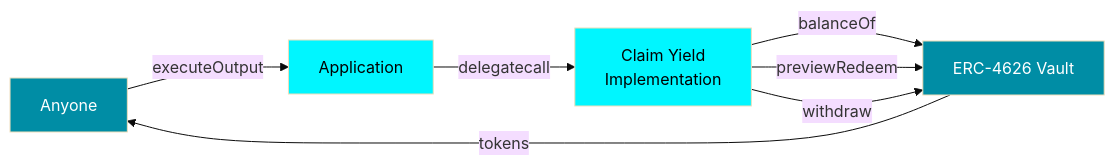
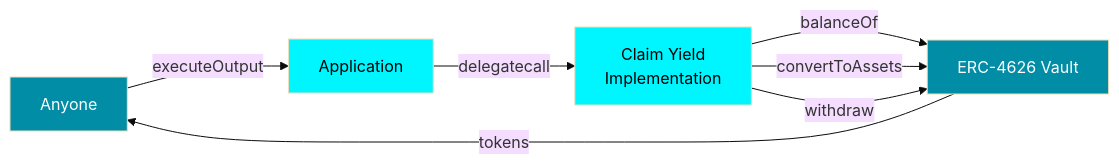
Before and after one commit to henriquemarlon/rollups-rehypothecation-portal: the third of 3 diagrams in README.md, drawn with Mermaid (base theme). The commit also changed other lines of this file and 7 other files, not shown here.

````diff
--- a/README.md
+++ b/README.md
@@ -80,17 +80,17 @@
 ```mermaid
 graph LR
     classDef core fill:#00F6FF,color:#000
     classDef external fill:#008DA5,color:#fff
 
     Anyone[Anyone]:::external
     Application[Application]:::core
     ClaimYield[Claim Yield<br>Implementation]:::core
     ERC4626Vault[ERC-4626 Vault]:::external
 
     Anyone -- executeOutput --> Application
     Application -- delegatecall --> ClaimYield
     ClaimYield -- balanceOf --> ERC4626Vault
-    ClaimYield -- previewRedeem --> ERC4626Vault
+    ClaimYield -- convertToAssets --> ERC4626Vault
     ClaimYield -- withdraw --> ERC4626Vault
     ERC4626Vault -- tokens --> Anyone
 ```
````
